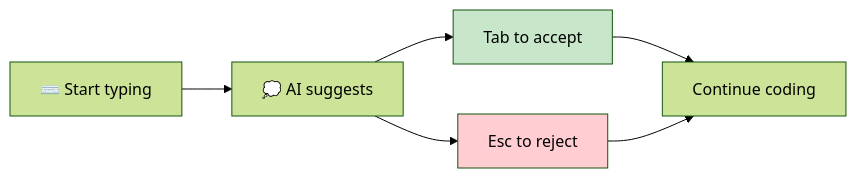
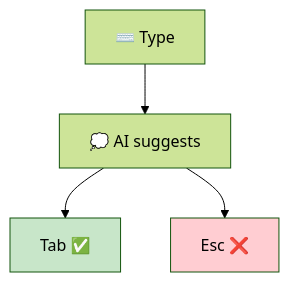
One commit to TheBushidoCollective/han changed the third of 7 diagrams in website/content/papers/ai-dlc-2026/runbooks/tooling/cursor.md. Above: the diagram before and after it, drawn with Mermaid (forest theme). The commit also changed other lines of this file and 21 other files, not shown here.

First line of the commit message:
fix(website): convert all AI-DLC runbook Mermaid diagrams to TB layout

````diff
--- a/website/content/papers/ai-dlc-2026/runbooks/tooling/cursor.md
+++ b/website/content/papers/ai-dlc-2026/runbooks/tooling/cursor.md
@@ -128,11 +124,9 @@
 ```mermaid
-flowchart LR
-    Type[⌨️ Start typing] --> Suggest[💭 AI suggests]
-    Suggest --> Tab[Tab to accept]
-    Suggest --> Esc[Esc to reject]
-    Tab --> Continue[Continue coding]
-    Esc --> Continue
+flowchart TB
+    Type[⌨️ Type] --> Suggest[💭 AI suggests]
+    Suggest --> Tab[Tab ✅]
+    Suggest --> Esc[Esc ❌]
 
     style Tab fill:#c8e6c9
     style Esc fill:#ffcdd2
 ```
````
